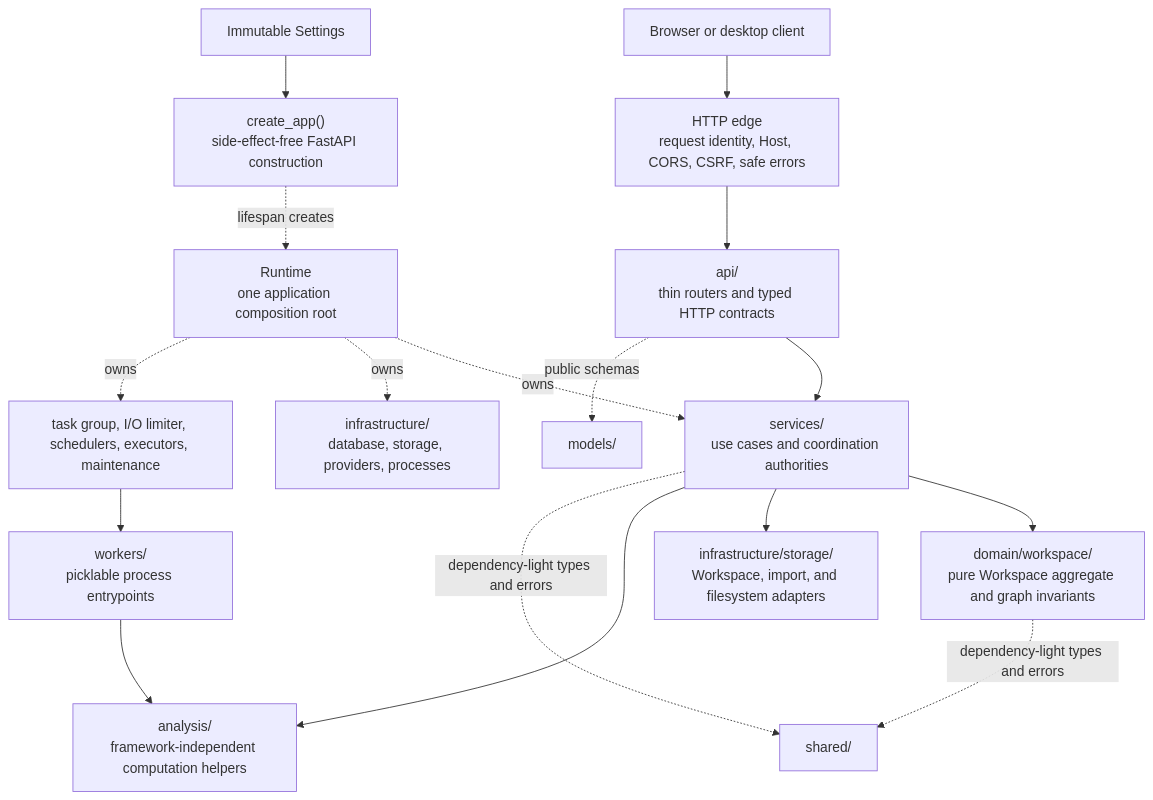
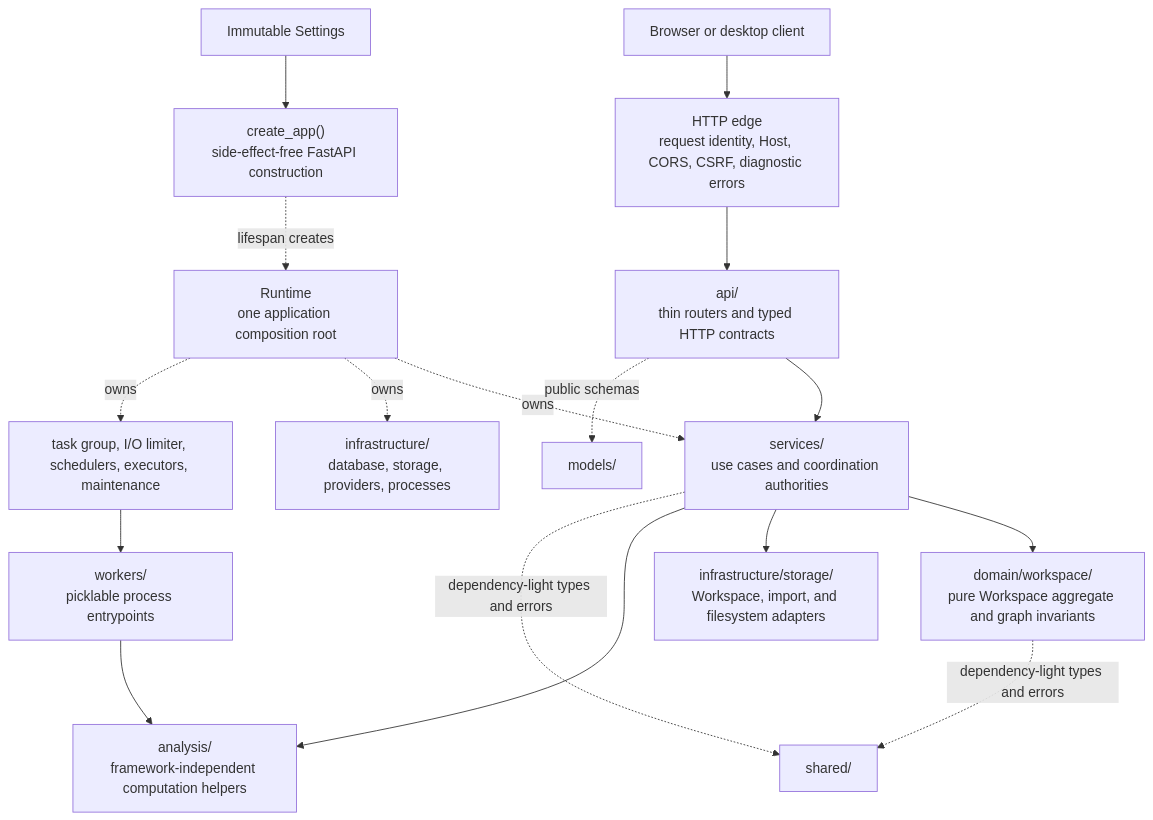
Before and after one commit to Australian-Text-Analytics-Platform/ldaca_web_app: the diagram in docs/architecture/backend/overview.md, drawn with Mermaid. The commit also changed 52 other files, not shown here.

````diff
--- a/docs/architecture/backend/overview.md
+++ b/docs/architecture/backend/overview.md
@@ -7,23 +7,23 @@
 ```mermaid
 flowchart TB
     SETTINGS["Immutable Settings"] --> APP["create_app()<br/>side-effect-free FastAPI construction"]
     APP -. "lifespan creates" .-> RUNTIME["Runtime<br/>one application composition root"]
 
-    CLIENT["Browser or desktop client"] --> EDGE["HTTP edge<br/>request identity, Host, CORS, CSRF, safe errors"]
+    CLIENT["Browser or desktop client"] --> EDGE["HTTP edge<br/>request identity, Host, CORS, CSRF, diagnostic errors"]
     EDGE --> API["api/<br/>thin routers and typed HTTP contracts"]
     API --> SERVICES["services/<br/>use cases and coordination authorities"]
 
     RUNTIME -. "owns" .-> SERVICES
     RUNTIME -. "owns" .-> INFRA["infrastructure/<br/>database, storage, providers, processes"]
     RUNTIME -. "owns" .-> EXEC["task group, I/O limiter, schedulers, executors, maintenance"]
 
     SERVICES --> DOMAIN["domain/workspace/<br/>pure Workspace aggregate and graph invariants"]
     SERVICES --> STORE["infrastructure/storage/<br/>Workspace, import, and filesystem adapters"]
     SERVICES --> ANALYSIS["analysis/<br/>framework-independent computation helpers"]
     EXEC --> WORKERS["workers/<br/>picklable process entrypoints"]
     WORKERS --> ANALYSIS
 
     API -. "public schemas" .-> MODELS["models/"]
     DOMAIN -. "dependency-light types and errors" .-> SHARED["shared/"]
     SERVICES -. "dependency-light types and errors" .-> SHARED
 ```
````
